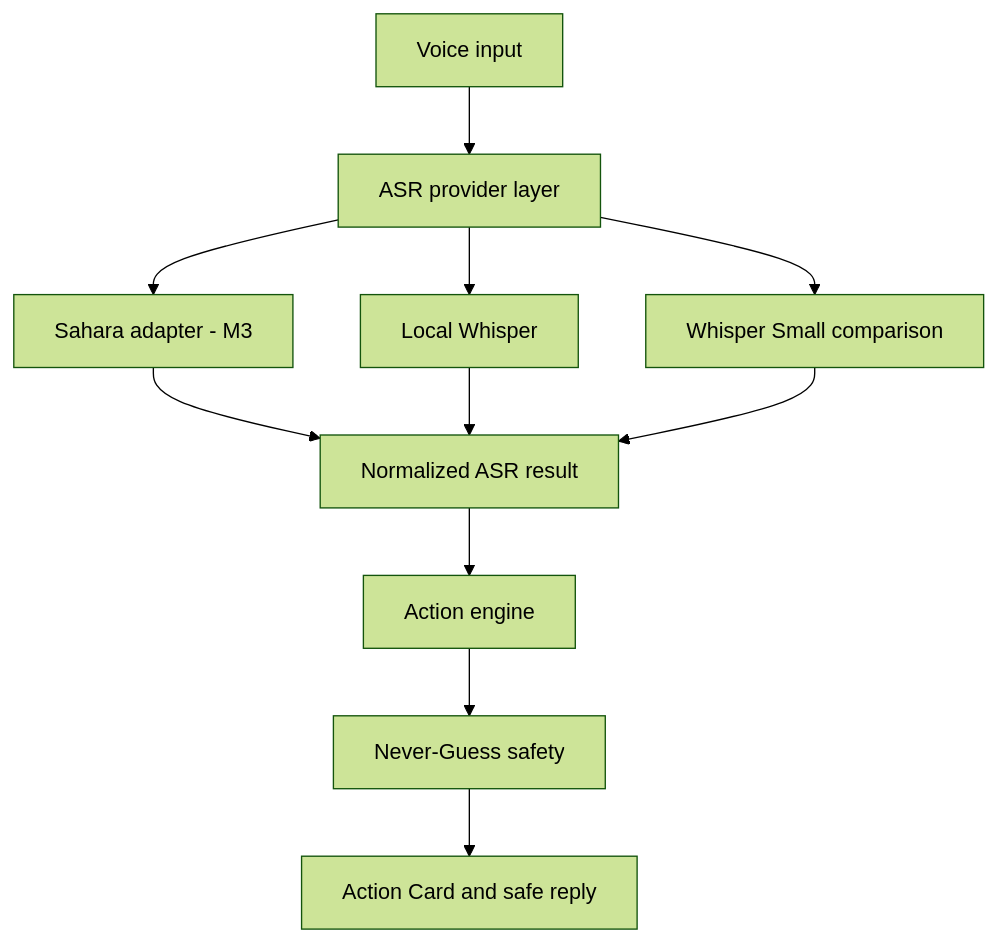
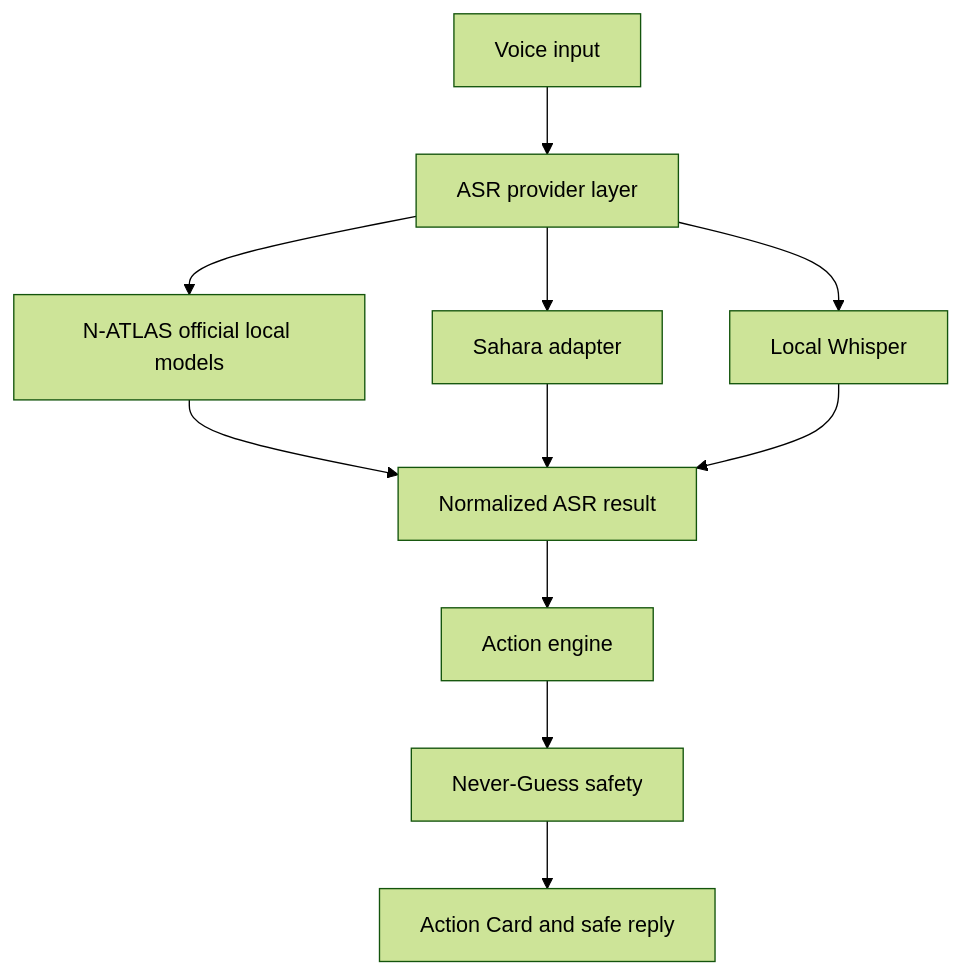
Before and after one commit to mictopraise/VoiceBridge: the diagram in ARCHITECTURE.md, drawn with Mermaid (forest theme). The commit also changed other lines of this file and 3 other files, not shown here.

````diff
--- a/ARCHITECTURE.md
+++ b/ARCHITECTURE.md
@@ -5,13 +5,13 @@
 ```mermaid
 flowchart TD
     A[Voice input] --> B[ASR provider layer]
-    B --> C[Sahara adapter - M3]
-    B --> D[Local Whisper]
-    B --> E[Whisper Small comparison]
+    B --> C[N-ATLAS official local models]
+    B --> D[Sahara adapter]
+    B --> E[Local Whisper]
     C --> F[Normalized ASR result]
     D --> F
     E --> F
     F --> G[Action engine]
     G --> H[Never-Guess safety]
     H --> I[Action Card and safe reply]
 ```
````
